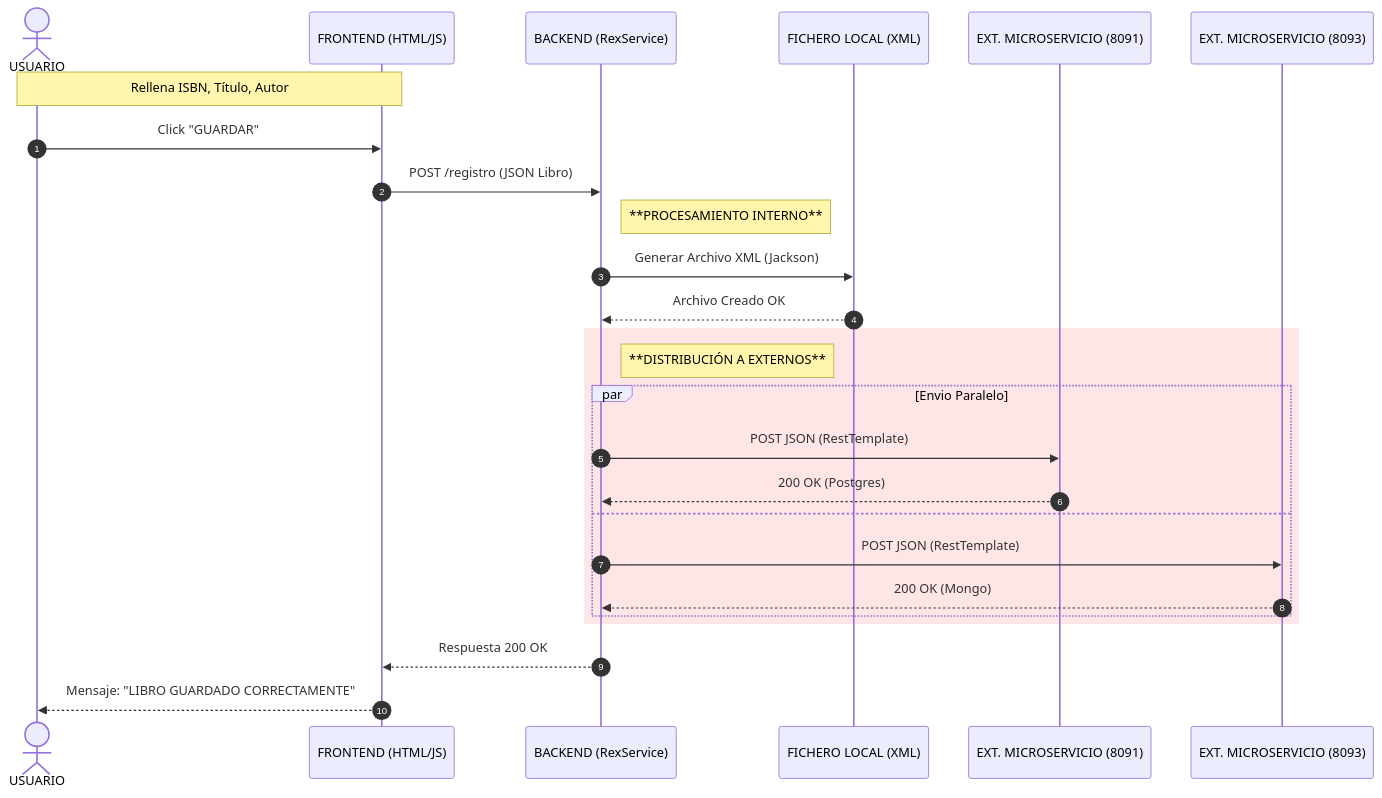
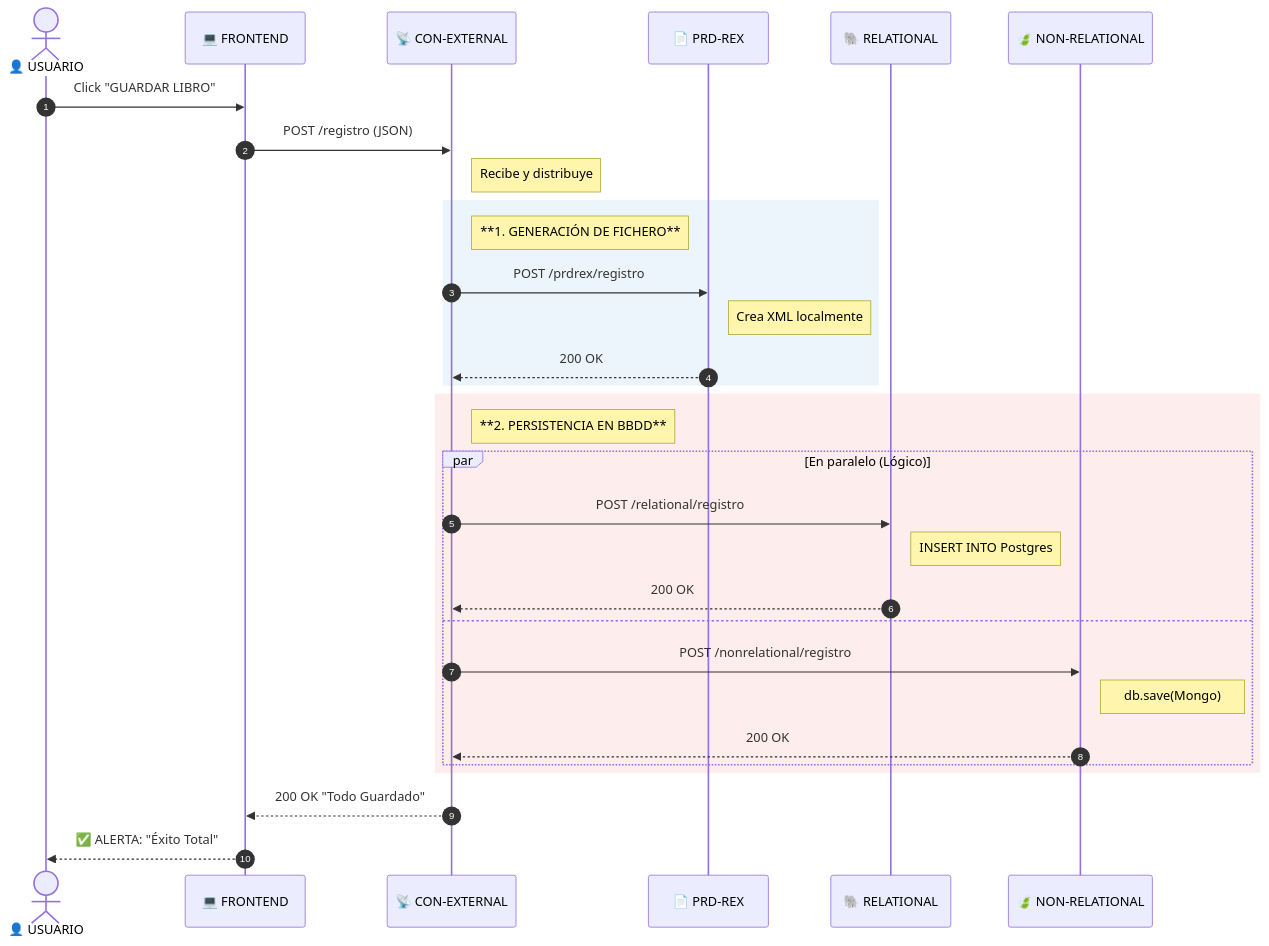
The second of 2 diagrams in README.md (saulmnz/PROYECTO_AD), drawn with Mermaid before and after one commit. The commit also changed other lines of this file, not shown here.

````diff
--- a/README.md
+++ b/README.md
@@ -116,43 +139,46 @@
 ```mermaid
+
 sequenceDiagram
     autonumber
     
-    %% PARTICIPANTES
-    actor User as USUARIO
-    participant Front as FRONTEND (HTML/JS)
-    participant Back as BACKEND (RexService)
-    participant XML as FICHERO LOCAL (XML)
-    participant ExtSQL as EXT. MICROSERVICIO (8091)
-    participant ExtMongo as EXT. MICROSERVICIO (8093)
+    %% PARTICIPANTES CON ALIAS
+    actor User as 👤 USUARIO
+    participant Front as 💻 FRONTEND
+    participant Jefe as 📡 CON-EXTERNAL
+    participant XmlWorker as 📄 PRD-REX
+    participant SqlWorker as 🐘 RELATIONAL
+    participant MongoWorker as 🍃 NON-RELATIONAL
 
     %% INICIO
-    Note over User, Front: Rellena ISBN, Título, Autor
-    User->>Front: Click "GUARDAR"
+    User->>Front: Click "GUARDAR LIBRO"
     
-    %% ENVIO AL BACKEND
-    Front->>Back: POST /registro (JSON Libro)
+    %% ENVIO AL JEFE
+    Front->>Jefe: POST /registro (JSON)
+    Note right of Jefe: Recibe y distribuye
     
-    %% PROCESAMIENTO
-    Note right of Back: **PROCESAMIENTO INTERNO**
+    %% FASE 1: XML
+    rect rgb(235, 245, 251)
+        Note right of Jefe: **1. GENERACIÓN DE FICHERO**
+        Jefe->>XmlWorker: POST /prdrex/registro
+        Note right of XmlWorker: Crea XML localmente
+        XmlWorker-->>Jefe: 200 OK
+    end
 
-    %% PERSISTENCIA LOCAL
-    Back->>XML: Generar Archivo XML (Jackson)
-    XML-->>Back: Archivo Creado OK
-
-    %% COMUNICACIÓN EXTERNA (CAJA ROJA)
-    rect rgb(255, 230, 230)
-        Note right of Back: **DISTRIBUCIÓN A EXTERNOS**
-        par Envio Paralelo
-            Back->>ExtSQL: POST JSON (RestTemplate)
-            ExtSQL-->>Back: 200 OK (Postgres)
+    %% FASE 2: BBDD
+    rect rgb(253, 237, 236)
+        Note right of Jefe: **2. PERSISTENCIA EN BBDD**
+        par En paralelo (Lógico)
+            Jefe->>SqlWorker: POST /relational/registro
+            Note right of SqlWorker: INSERT INTO Postgres
+            SqlWorker-->>Jefe: 200 OK
         and
-            Back->>ExtMongo: POST JSON (RestTemplate)
-            ExtMongo-->>Back: 200 OK (Mongo)
+            Jefe->>MongoWorker: POST /nonrelational/registro
+            Note right of MongoWorker: db.save(Mongo)
+            MongoWorker-->>Jefe: 200 OK
         end
     end
 
-    %% RESPUESTA FINAL
-    Back-->>Front: Respuesta 200 OK
-    Front-->>User: Mensaje: "LIBRO GUARDADO CORRECTAMENTE"
-
+    %% FINAL
+    Jefe-->>Front: 200 OK "Todo Guardado"
+    Front-->>User: ✅ ALERTA: "Éxito Total"
 ```
````
